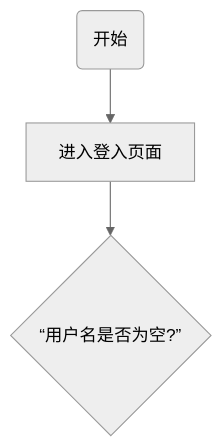
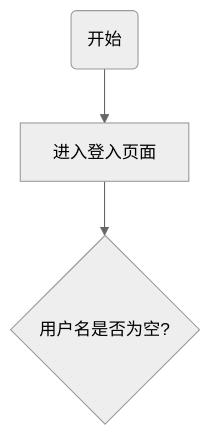
Before and after one commit to rockyzhao5421/notes: the tenth of 11 diagrams in mermaid.md, drawn with Mermaid (neutral theme).

Commit message:
这次两个流程图都是正确的,先提交一次

````diff
--- a/mermaid.md
+++ b/mermaid.md
@@ -189,5 +189,5 @@
 ```mermaid
 graph 
     Start(开始) --> Loginpage[进入登入页面]
-    Loginpage --> Checkname{“用户名是否为空?”}
+    Loginpage --> Checkname{"用户名是否为空?"}
 ```
````
